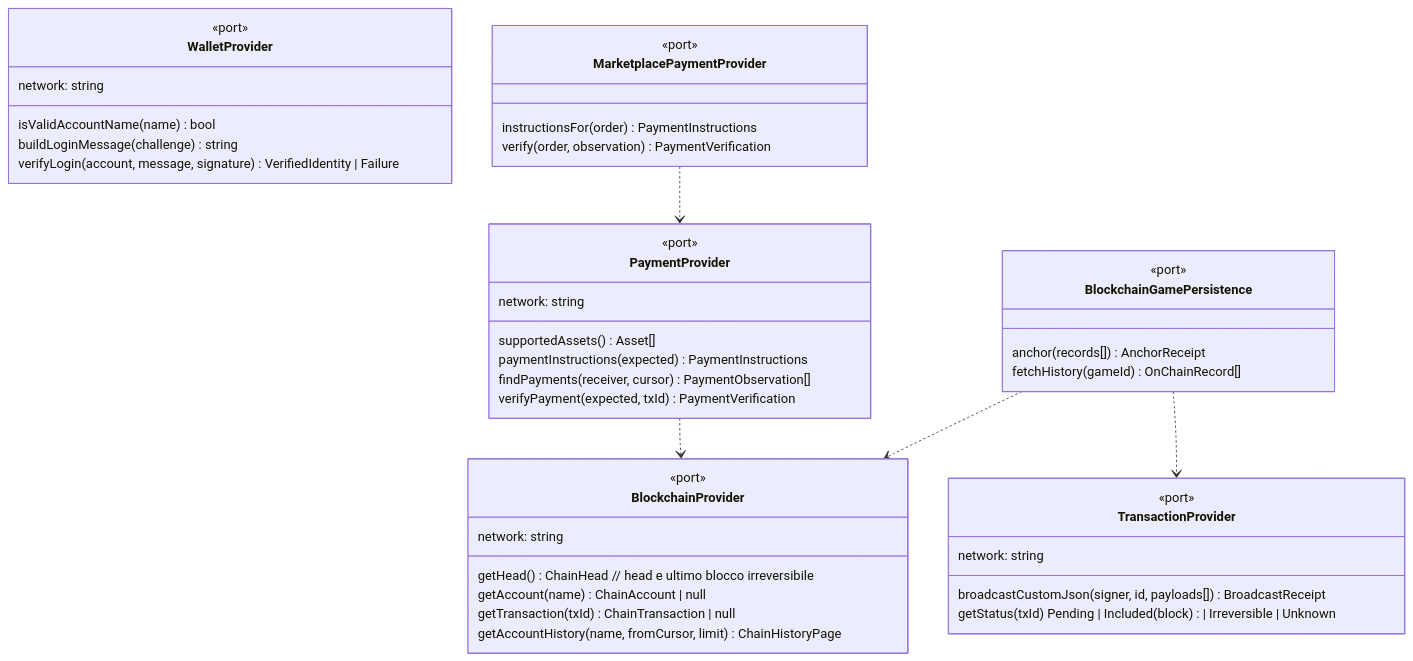
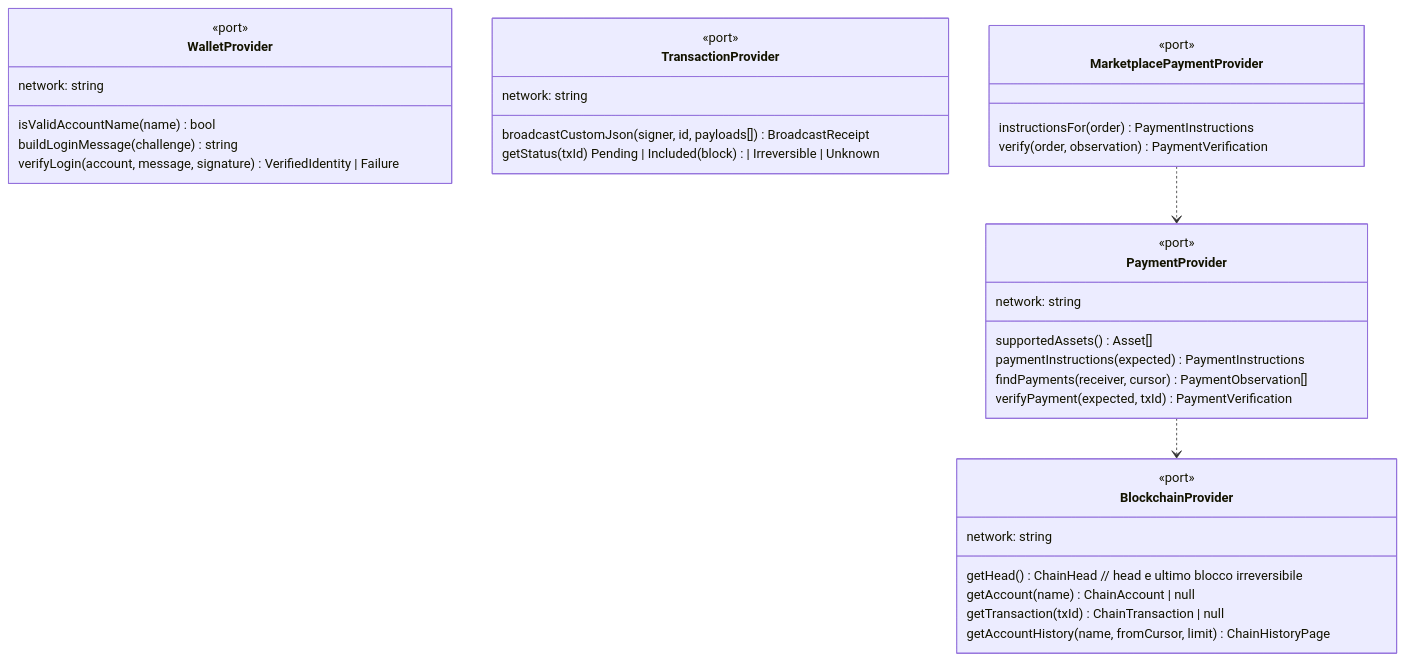
One commit to davvoz/magic8-tcg changed the second of 6 diagrams in docs/tcg/01-architettura.md. Above: the diagram before and after it, drawn with Mermaid. The commit also changed other lines of this file and 144 other files, not shown here.

````diff
--- a/docs/tcg/01-architettura.md
+++ b/docs/tcg/01-architettura.md
@@ -156,46 +156,39 @@
 ```mermaid
 classDiagram
   class BlockchainProvider {
     <<port>>
     network: string
     getHead() ChainHead  // head e ultimo blocco irreversibile
     getAccount(name) ChainAccount | null
     getTransaction(txId) ChainTransaction | null
     getAccountHistory(name, fromCursor, limit) ChainHistoryPage
   }
   class WalletProvider {
     <<port>>
     network: string
     isValidAccountName(name) bool
     buildLoginMessage(challenge) string
     verifyLogin(account, message, signature) VerifiedIdentity | Failure
   }
   class TransactionProvider {
     <<port>>
     network: string
     broadcastCustomJson(signer, id, payloads[]) BroadcastReceipt
     getStatus(txId) Pending | Included(block) | Irreversible | Unknown
   }
   class PaymentProvider {
     <<port>>
     network: string
     supportedAssets() Asset[]
     paymentInstructions(expected) PaymentInstructions
     findPayments(receiver, cursor) PaymentObservation[]
     verifyPayment(expected, txId) PaymentVerification
   }
   class MarketplacePaymentProvider {
     <<port>>
     instructionsFor(order) PaymentInstructions
     verify(order, observation) PaymentVerification
   }
-  class BlockchainGamePersistence {
-    <<port>>
-    anchor(records[]) AnchorReceipt
-    fetchHistory(gameId) OnChainRecord[]
-  }
   PaymentProvider ..> BlockchainProvider
   MarketplacePaymentProvider ..> PaymentProvider
-  BlockchainGamePersistence ..> TransactionProvider
-  BlockchainGamePersistence ..> BlockchainProvider
 ```
````
